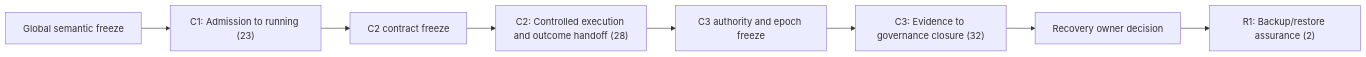
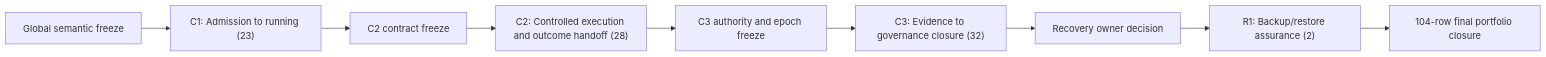
One commit to ZK-Theory/TDL changed the diagram in docs/plans/agentic-research-system/implementation/06p-wp6-1-lifecycle-macro-campaign-execution-plan.md. Above: the diagram before and after it, drawn with Mermaid. The commit also changed other lines of this file, not shown here.

````diff
--- a/docs/plans/agentic-research-system/implementation/06p-wp6-1-lifecycle-macro-campaign-execution-plan.md
+++ b/docs/plans/agentic-research-system/implementation/06p-wp6-1-lifecycle-macro-campaign-execution-plan.md
@@ -52,10 +55,11 @@
 ```mermaid
 flowchart LR
     G0["Global semantic freeze"] --> C1["C1: Admission to running (23)"]
     C1 --> G2["C2 contract freeze"]
     G2 --> C2["C2: Controlled execution and outcome handoff (28)"]
     C2 --> G3["C3 authority and epoch freeze"]
     G3 --> C3["C3: Evidence to governance closure (32)"]
     C3 --> GR["Recovery owner decision"]
     GR --> R1["R1: Backup/restore assurance (2)"]
+    R1 --> Z["104-row final portfolio closure"]
 ```
````
